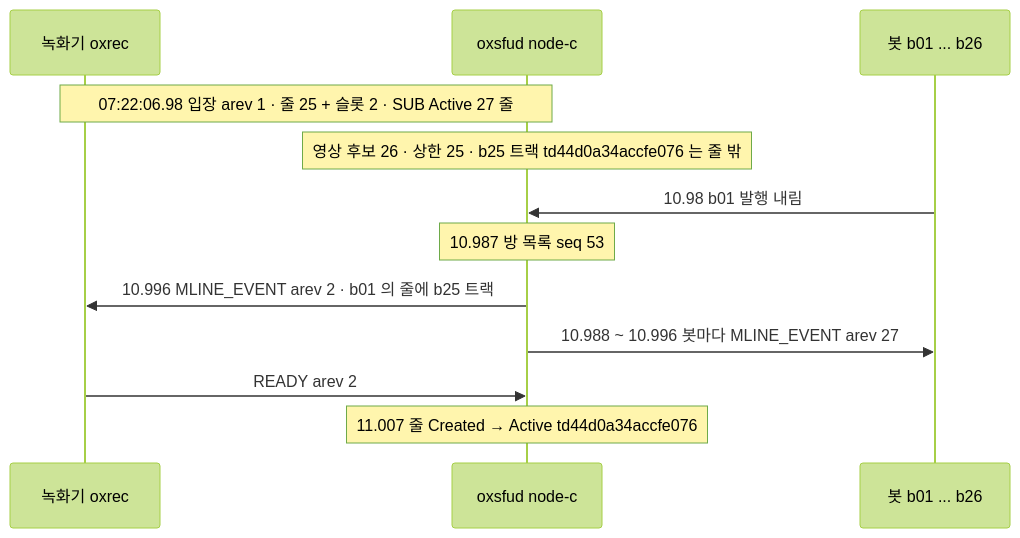
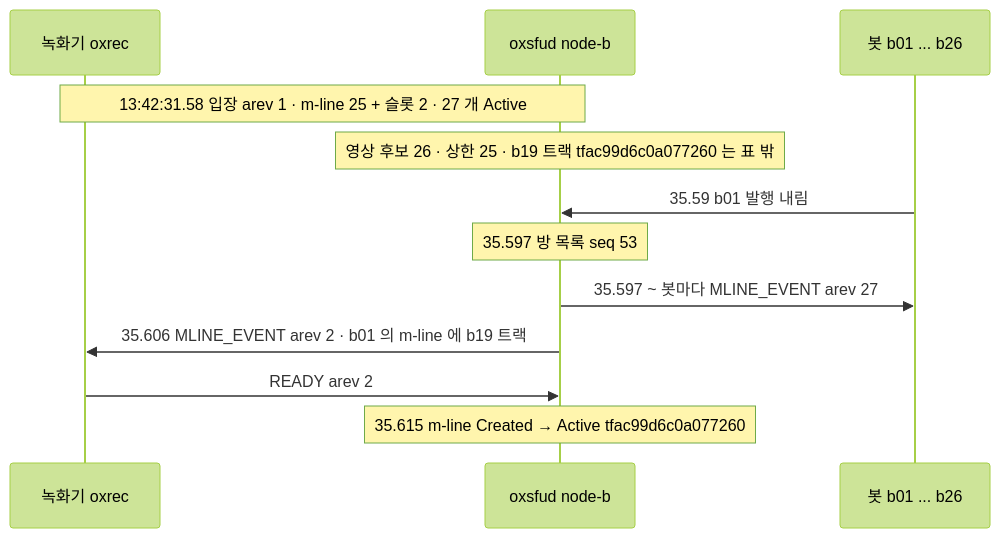
Before and after one commit to kodeholic9/oxlens-sfu: the fourth of 4 diagrams in docs/learn/03_PUBLISH_SUBSCRIBE.md, drawn with Mermaid (forest theme). The commit also changed other lines of this file and 19 other files, not shown here.

````diff
--- a/docs/learn/03_PUBLISH_SUBSCRIBE.md
+++ b/docs/learn/03_PUBLISH_SUBSCRIBE.md
@@ -177,14 +195,14 @@
 ```mermaid
 sequenceDiagram
   participant R as 녹화기 oxrec
-  participant S as oxsfud node-c
+  participant S as oxsfud node-b
   participant P as 봇 b01 ... b26
-  Note over R,S: 07:22:06.98 입장 arev 1 · 줄 25 + 슬롯 2 · SUB Active 27 줄
-  Note over S: 영상 후보 26 · 상한 25 · b25 트랙 td44d0a34accfe076 는 줄 밖
-  P->>S: 10.98 b01 발행 내림
-  Note over S: 10.987 방 목록 seq 53
-  S->>R: 10.996 MLINE_EVENT arev 2 · b01 의 줄에 b25 트랙
-  S->>P: 10.988 ~ 10.996 봇마다 MLINE_EVENT arev 27
+  Note over R,S: 13:42:31.58 입장 arev 1 · m-line 25 + 슬롯 2 · 27 개 Active
+  Note over S: 영상 후보 26 · 상한 25 · b19 트랙 tfac99d6c0a077260 는 표 밖
+  P->>S: 35.59 b01 발행 내림
+  Note over S: 35.597 방 목록 seq 53
+  S->>P: 35.597 ~ 봇마다 MLINE_EVENT arev 27
+  S->>R: 35.606 MLINE_EVENT arev 2 · b01 의 m-line 에 b19 트랙
   R->>S: READY arev 2
-  Note over S: 11.007 줄 Created → Active td44d0a34accfe076
+  Note over S: 35.615 m-line Created → Active tfac99d6c0a077260
 ```
````
